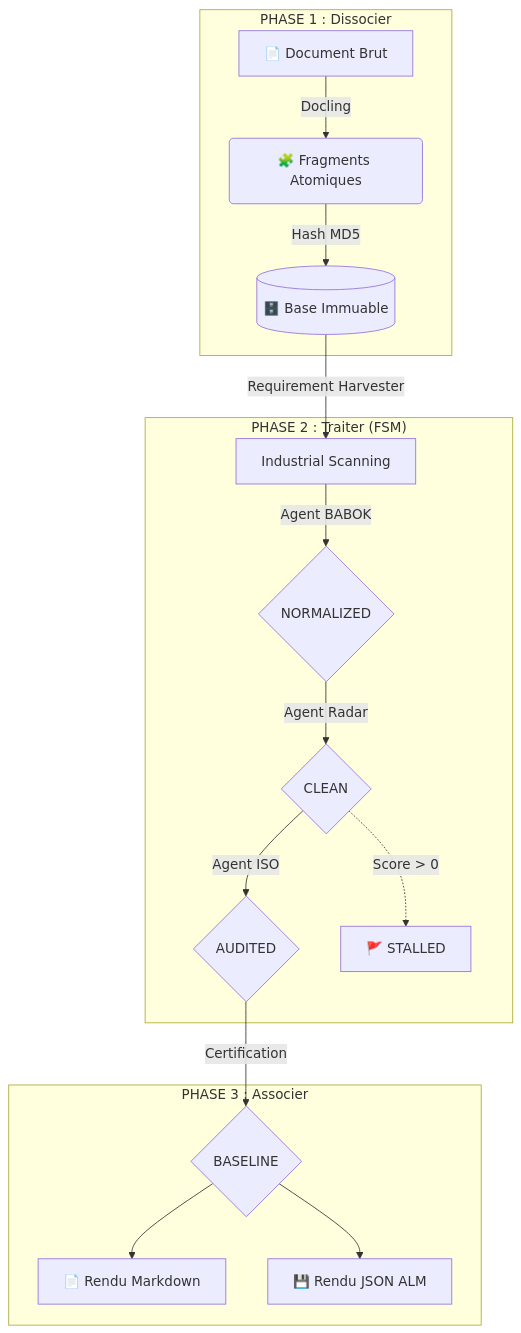
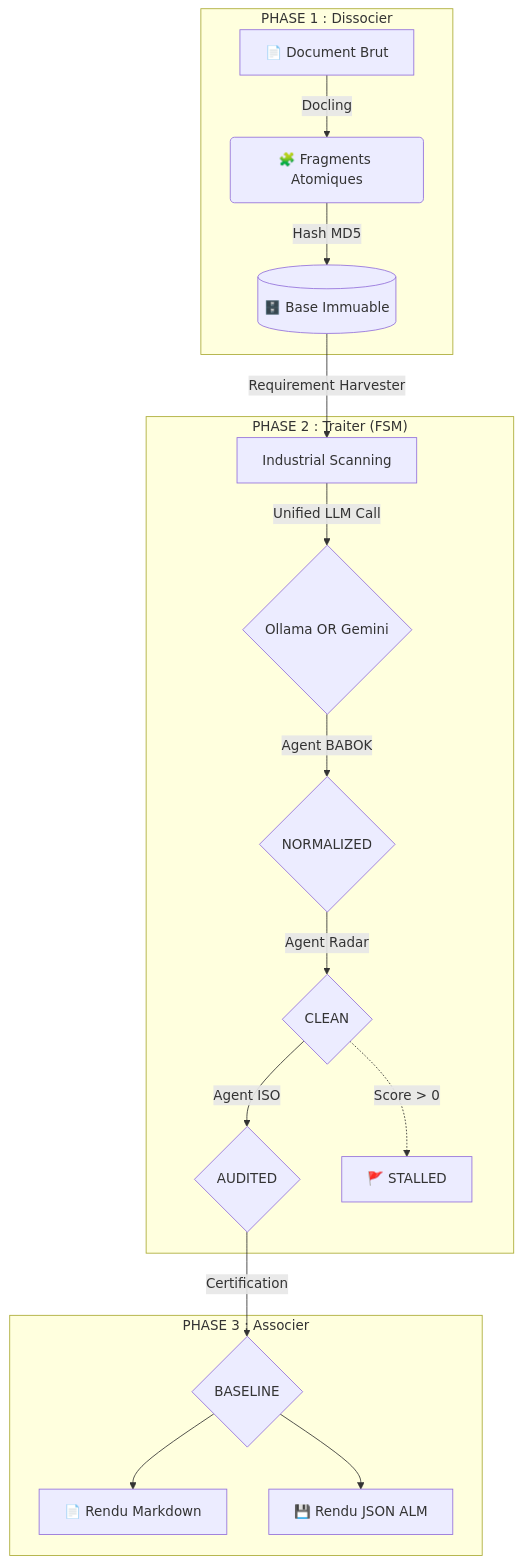
One commit to RodMan121/rfp-analyse-ia changed the diagram in ARCHITECTURE.md. Above: the diagram before and after it, drawn with Mermaid. The commit also changed 3 other files, not shown here.

Commit message:
docs: mise à jour documentation avec support API Gemini et architecture hybride

````diff
--- a/ARCHITECTURE.md
+++ b/ARCHITECTURE.md
@@ -9,21 +9,22 @@
 ```mermaid
 graph TD
     subgraph "PHASE 1 : Dissocier"
         A[📄 Document Brut] -->|Docling| B(🧩 Fragments Atomiques)
         B -->|Hash MD5| C[(🗄️ Base Immuable)]
     end
     
     subgraph "PHASE 2 : Traiter (FSM)"
         C -->|Requirement Harvester| D[Industrial Scanning]
-        D -->|Agent BABOK| E{NORMALIZED}
+        D -->|Unified LLM Call| LLM{Ollama OR Gemini}
+        LLM -->|Agent BABOK| E{NORMALIZED}
         E -->|Agent Radar| F{CLEAN}
         F -->|Agent ISO| G{AUDITED}
         F -.->|Score > 0| H[🚩 STALLED]
     end
     
     subgraph "PHASE 3 : Associer"
         G -->|Certification| I{BASELINE}
         I --> J[📄 Rendu Markdown]
         I --> K[💾 Rendu JSON ALM]
     end
 ```
````
